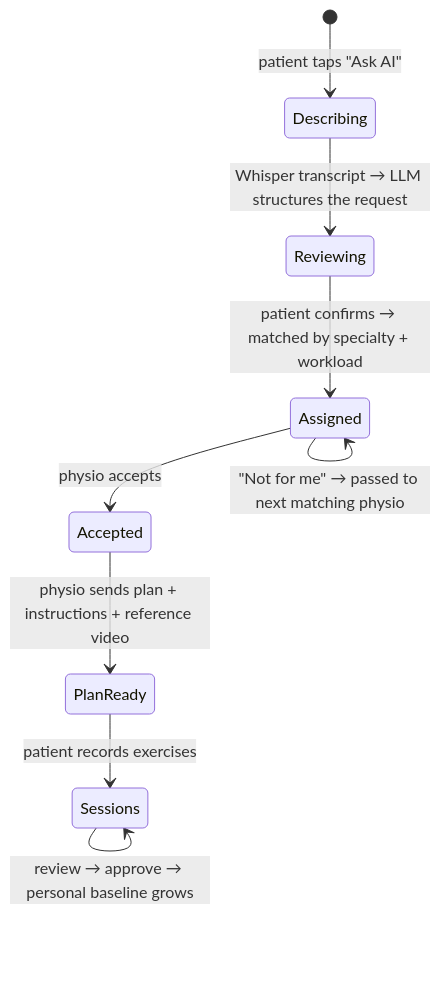
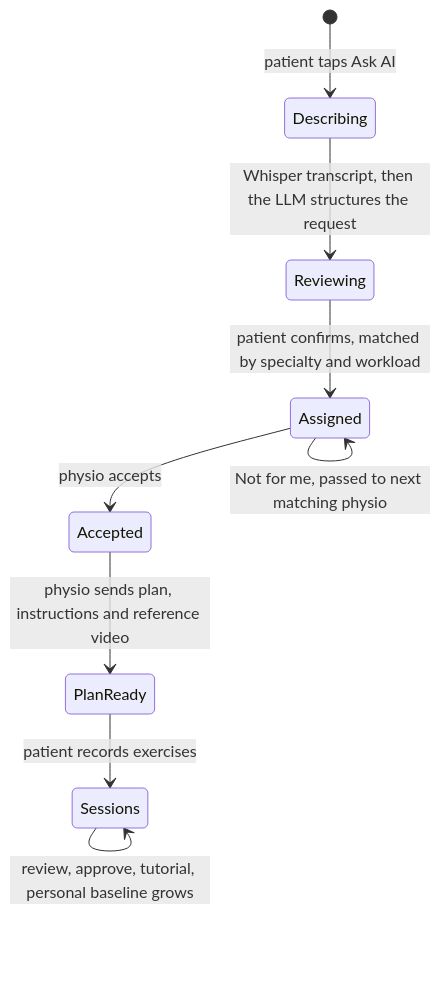
The fifth of 6 diagrams in README.md (aryaMehta26/recovery-monitor), drawn with Mermaid before and after one commit. The commit also changed other lines of this file and 1 other file, not shown here.

Commit message:
README: model sizes and parameters, fine-tuning details, Piper and tutorials, edge AI on the Nano, privacy, updated architecture; setup installs Piper voice

````diff
--- a/README.md
+++ b/README.md
@@ -190,11 +231,11 @@
 ```mermaid
 stateDiagram-v2
-    [*] --> Describing: patient taps "Ask AI"
-    Describing --> Reviewing: Whisper transcript → LLM structures the request
-    Reviewing --> Assigned: patient confirms → matched by specialty + workload
-    Assigned --> Assigned: "Not for me" → passed to next matching physio
+    [*] --> Describing: patient taps Ask AI
+    Describing --> Reviewing: Whisper transcript, then the LLM structures the request
+    Reviewing --> Assigned: patient confirms, matched by specialty and workload
+    Assigned --> Assigned: Not for me, passed to next matching physio
     Assigned --> Accepted: physio accepts
-    Accepted --> PlanReady: physio sends plan + instructions + reference video
+    Accepted --> PlanReady: physio sends plan, instructions and reference video
     PlanReady --> Sessions: patient records exercises
-    Sessions --> Sessions: review → approve → personal baseline grows
+    Sessions --> Sessions: review, approve, tutorial, personal baseline grows
 ```
````
